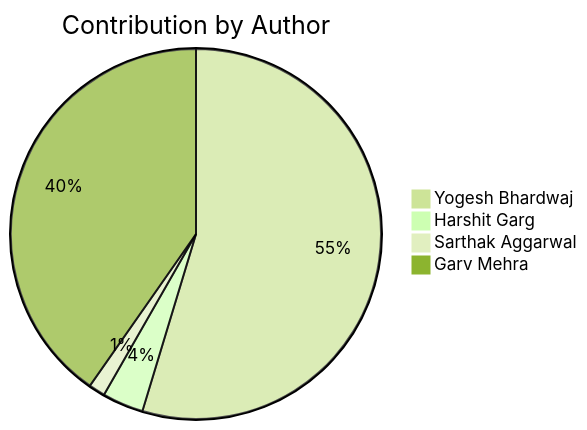
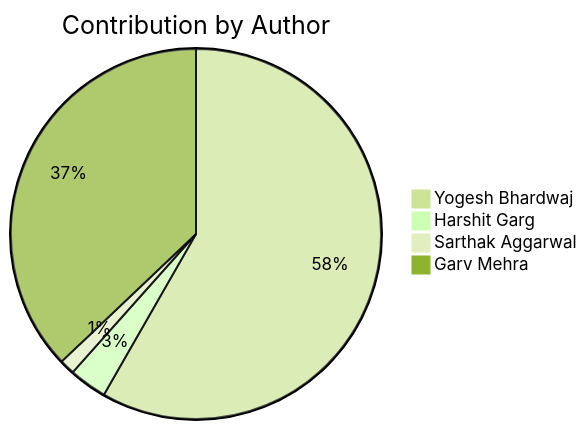
Before and after one commit to Yogesh-Bhardwaj-hue/Scm-Final_2.0: the second of 2 diagrams in README.md, drawn with Mermaid (forest theme). The commit also changed other lines of this file, not shown here.

Commit message:
Update contribution charts

````diff
--- a/README.md
+++ b/README.md
@@ -192,7 +192,7 @@
 ```mermaid
 pie title Contribution by Author
-    "Yogesh Bhardwaj": 76
+    "Yogesh Bhardwaj": 88
     "Harshit Garg": 5
     "Sarthak Aggarwal": 2
     "Garv Mehra": 56
 ```
````
